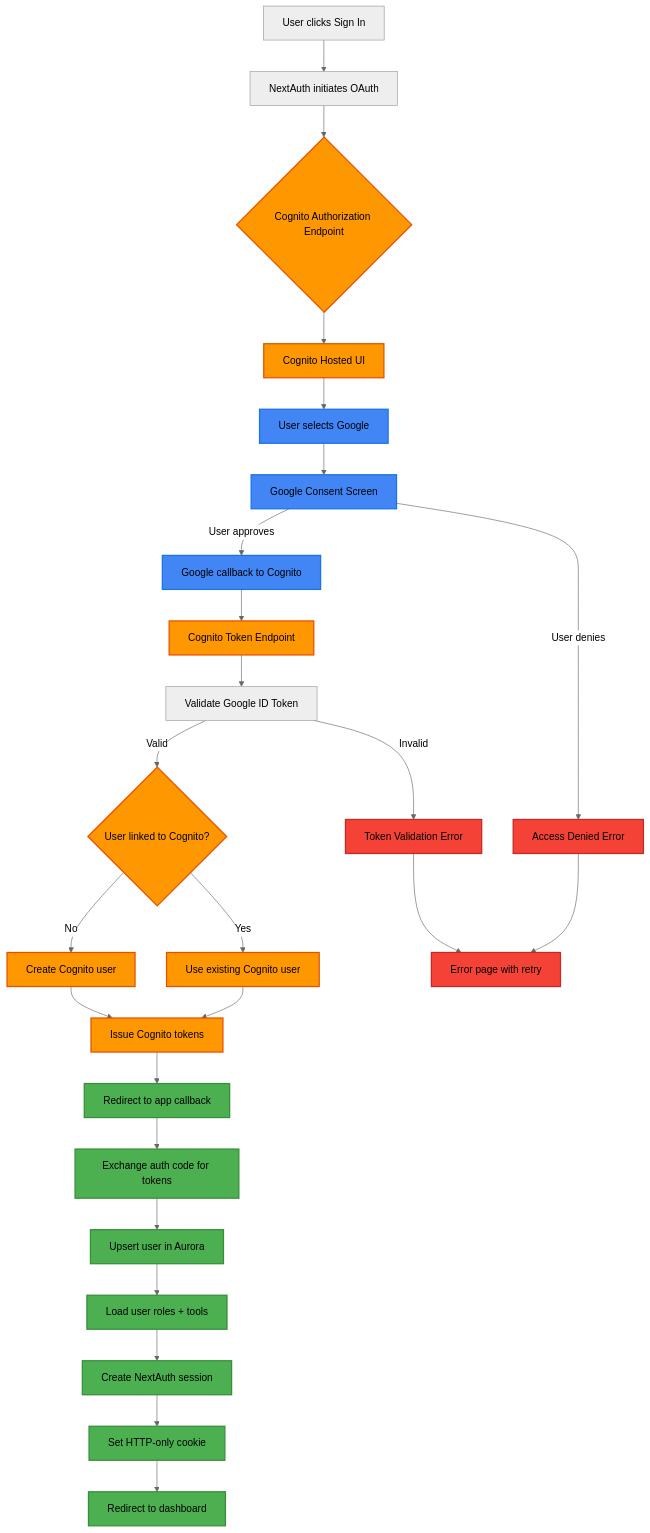
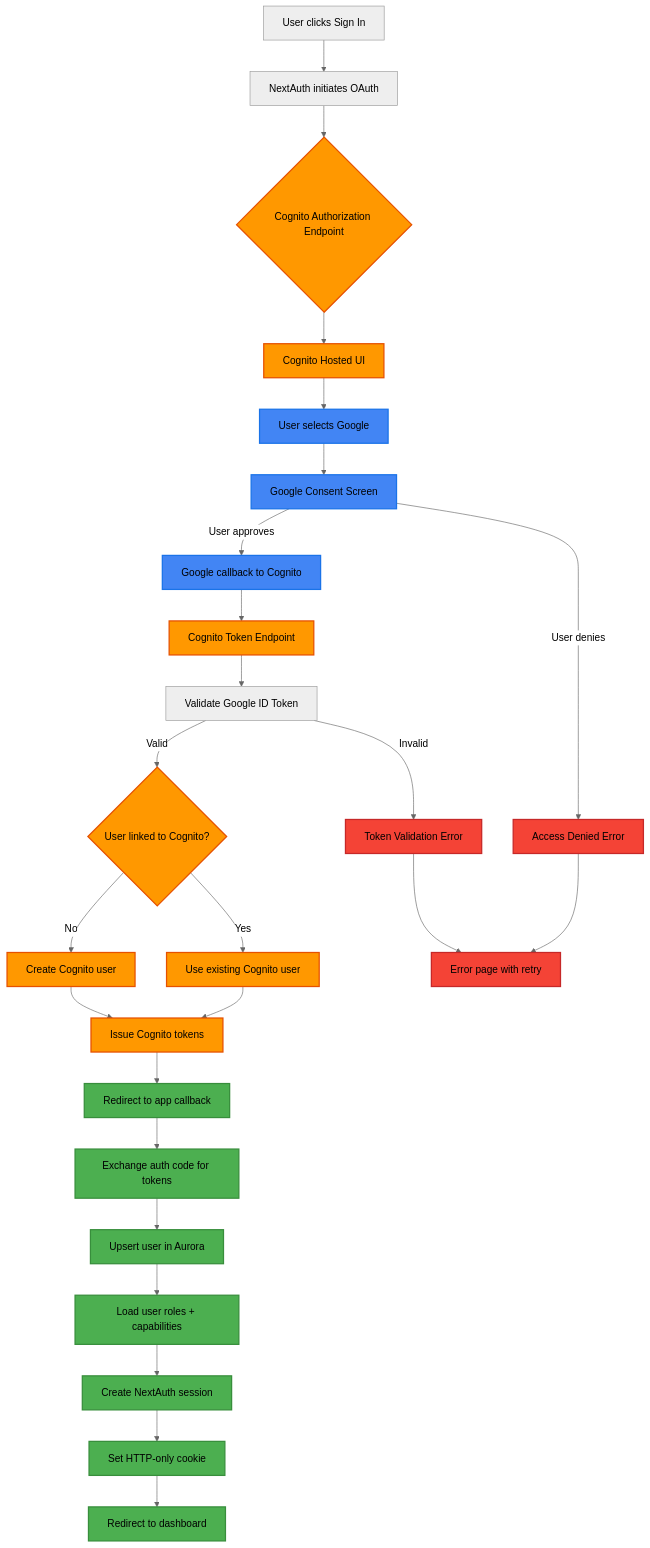
One commit to psd401/aistudio changed the second of 6 diagrams in docs/diagrams/05-authentication-flow.md. Above: the diagram before and after it, drawn with Mermaid (neutral theme). The commit also changed other lines of this file and 51 other files, not shown here.

````diff
--- a/docs/diagrams/05-authentication-flow.md
+++ b/docs/diagrams/05-authentication-flow.md
@@ -41,45 +41,45 @@
 ```mermaid
 graph TB
     START[User clicks Sign In] --> INIT[NextAuth initiates OAuth]
     INIT --> COGNITO_AUTH{Cognito Authorization Endpoint}
 
     COGNITO_AUTH --> HOSTED_UI[Cognito Hosted UI]
     HOSTED_UI --> GOOGLE_SELECT[User selects Google]
     GOOGLE_SELECT --> GOOGLE_CONSENT[Google Consent Screen]
 
     GOOGLE_CONSENT --> |User approves| GOOGLE_CB[Google callback to Cognito]
     GOOGLE_CONSENT --> |User denies| ERROR_DENIED[Access Denied Error]
 
     GOOGLE_CB --> COGNITO_TOKEN[Cognito Token Endpoint]
     COGNITO_TOKEN --> VALIDATE[Validate Google ID Token]
 
     VALIDATE --> |Valid| COGNITO_LINK{User linked to Cognito?}
     VALIDATE --> |Invalid| ERROR_TOKEN[Token Validation Error]
 
     COGNITO_LINK --> |No| CREATE_COGNITO[Create Cognito user]
     COGNITO_LINK --> |Yes| EXISTING_COGNITO[Use existing Cognito user]
 
     CREATE_COGNITO --> ISSUE_TOKENS[Issue Cognito tokens]
     EXISTING_COGNITO --> ISSUE_TOKENS
 
     ISSUE_TOKENS --> APP_CB[Redirect to app callback]
     APP_CB --> EXCHANGE[Exchange auth code for tokens]
     EXCHANGE --> DB_UPSERT[Upsert user in Aurora]
-    DB_UPSERT --> LOAD_ROLES[Load user roles + tools]
+    DB_UPSERT --> LOAD_ROLES[Load user roles + capabilities]
     LOAD_ROLES --> CREATE_SESSION[Create NextAuth session]
     CREATE_SESSION --> SET_COOKIE[Set HTTP-only cookie]
     SET_COOKIE --> COMPLETE[Redirect to dashboard]
 
     ERROR_DENIED --> ERROR_PAGE[Error page with retry]
     ERROR_TOKEN --> ERROR_PAGE
 
     classDef cognito fill:#ff9800,stroke:#e65100,stroke-width:2px
     classDef google fill:#4285f4,stroke:#1a73e8,stroke-width:2px
     classDef app fill:#4caf50,stroke:#388e3c,stroke-width:2px
     classDef error fill:#f44336,stroke:#c62828,stroke-width:2px
 
     class COGNITO_AUTH,HOSTED_UI,COGNITO_TOKEN,COGNITO_LINK,CREATE_COGNITO,EXISTING_COGNITO,ISSUE_TOKENS cognito
     class GOOGLE_SELECT,GOOGLE_CONSENT,GOOGLE_CB google
     class APP_CB,EXCHANGE,DB_UPSERT,LOAD_ROLES,CREATE_SESSION,SET_COOKIE,COMPLETE app
     class ERROR_DENIED,ERROR_TOKEN,ERROR_PAGE error
 ```
````
